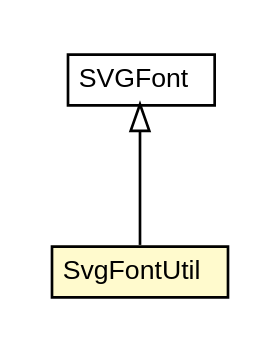
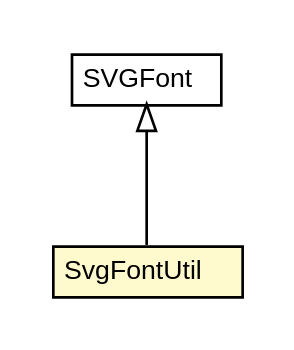
One commit to trajano/batik-maven-plugin changed the diagram in apidocs/net/trajano/mojo/batik/internal/SvgFontUtil.dot. Above: the diagram before and after it, drawn with Graphviz. The commit also changed 146 other files, not shown here.

```diff
--- a/apidocs/net/trajano/mojo/batik/internal/SvgFontUtil.dot
+++ b/apidocs/net/trajano/mojo/batik/internal/SvgFontUtil.dot
@@ -1,26 +1,26 @@
 #!/usr/local/bin/dot
 #
 # Class diagram 
 # Generated by UMLGraph version R5_6-24-gf6e263 (http://www.umlgraph.org/)
 #
 
 digraph G {
-	edge [fontname="arial",fontsize=10,labelfontname="arial",labelfontsize=10];
-	node [fontname="arial",fontsize=10,shape=plaintext];
+	edge [fontname="Helvetica",fontsize=10,labelfontname="Helvetica",labelfontsize=10];
+	node [fontname="Helvetica",fontsize=10,shape=plaintext];
 	nodesep=0.25;
 	ranksep=0.5;
 	// net.trajano.mojo.batik.internal.SvgFontUtil
 	c47 [label=<<table title="net.trajano.mojo.batik.internal.SvgFontUtil" border="0" cellborder="1" cellspacing="0" cellpadding="2" port="p" bgcolor="lemonChiffon" href="./SvgFontUtil.html">
 		<tr><td><table border="0" cellspacing="0" cellpadding="1">
 <tr><td align="center" balign="center"> SvgFontUtil </td></tr>
 		</table></td></tr>
-		</table>>, URL="./SvgFontUtil.html", fontname="arial", fontcolor="black", fontsize=10.0];
+		</table>>, URL="./SvgFontUtil.html", fontname="Helvetica", fontcolor="black", fontsize=10.0];
 	//net.trajano.mojo.batik.internal.SvgFontUtil extends org.apache.batik.svggen.font.SVGFont
 	c53:p -> c47:p [dir=back,arrowtail=empty];
 	// org.apache.batik.svggen.font.SVGFont
 	c53 [label=<<table title="org.apache.batik.svggen.font.SVGFont" border="0" cellborder="1" cellspacing="0" cellpadding="2" port="p" href="http://java.sun.com/j2se/1.4.2/docs/api/org/apache/batik/svggen/font/SVGFont.html">
 		<tr><td><table border="0" cellspacing="0" cellpadding="1">
 <tr><td align="center" balign="center"> SVGFont </td></tr>
 		</table></td></tr>
-		</table>>, URL="http://java.sun.com/j2se/1.4.2/docs/api/org/apache/batik/svggen/font/SVGFont.html", fontname="arial", fontcolor="black", fontsize=10.0];
+		</table>>, URL="http://java.sun.com/j2se/1.4.2/docs/api/org/apache/batik/svggen/font/SVGFont.html", fontname="Helvetica", fontcolor="black", fontsize=10.0];
 }
```
